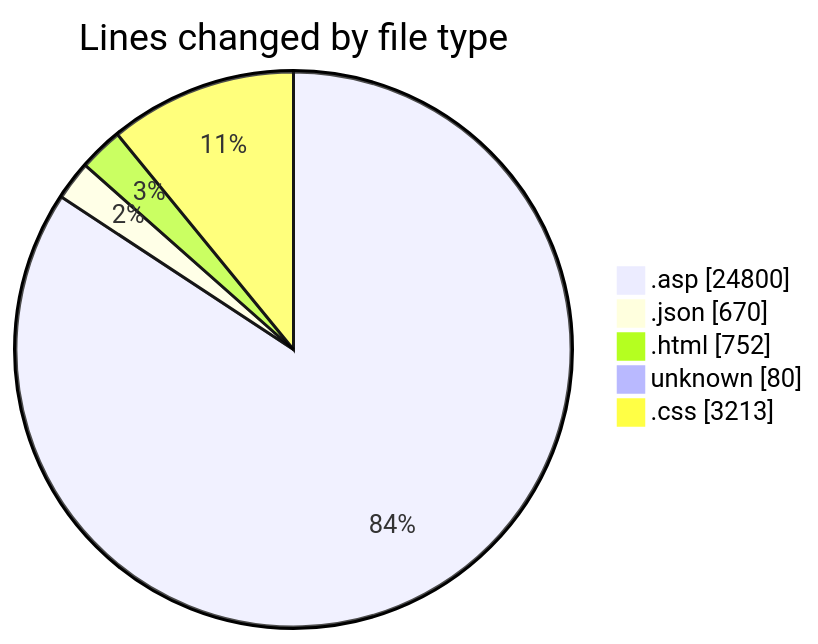
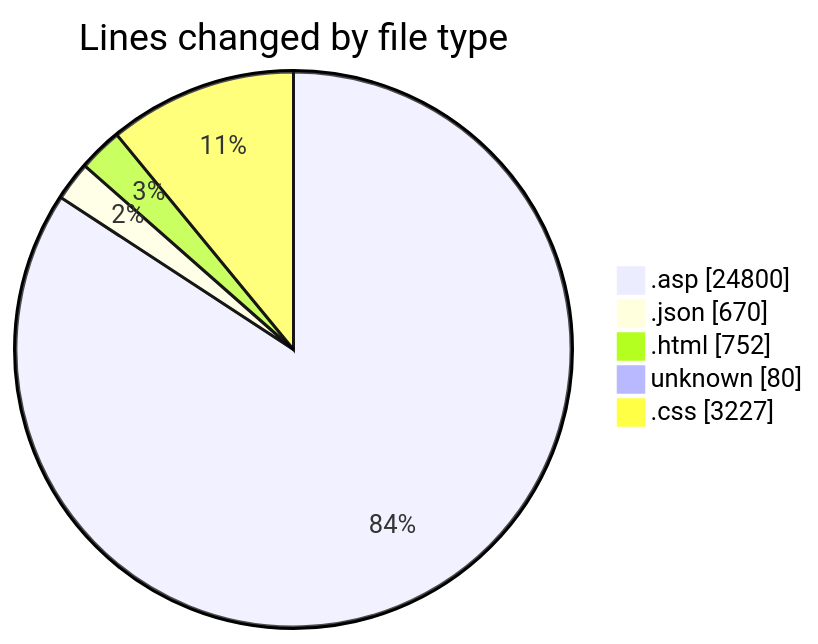
One commit to julien-gomy/code-tracking changed the first of 2 diagrams in 2025-11-01/cdp_aleoudev_fr__workspace_/README.md. Above: the diagram before and after it, drawn with Mermaid. The commit also changed other lines of this file and 1 other file, not shown here.

````diff
--- a/2025-11-01/cdp_aleoudev_fr__workspace_/README.md
+++ b/2025-11-01/cdp_aleoudev_fr__workspace_/README.md
@@ -37,9 +37,9 @@
 ```mermaid
 pie showData
 title Lines changed by file type
 ".asp" : 24800
 ".json" : 670
 ".html" : 752
 "unknown" : 80
-".css" : 3213
+".css" : 3227
 ```
````
